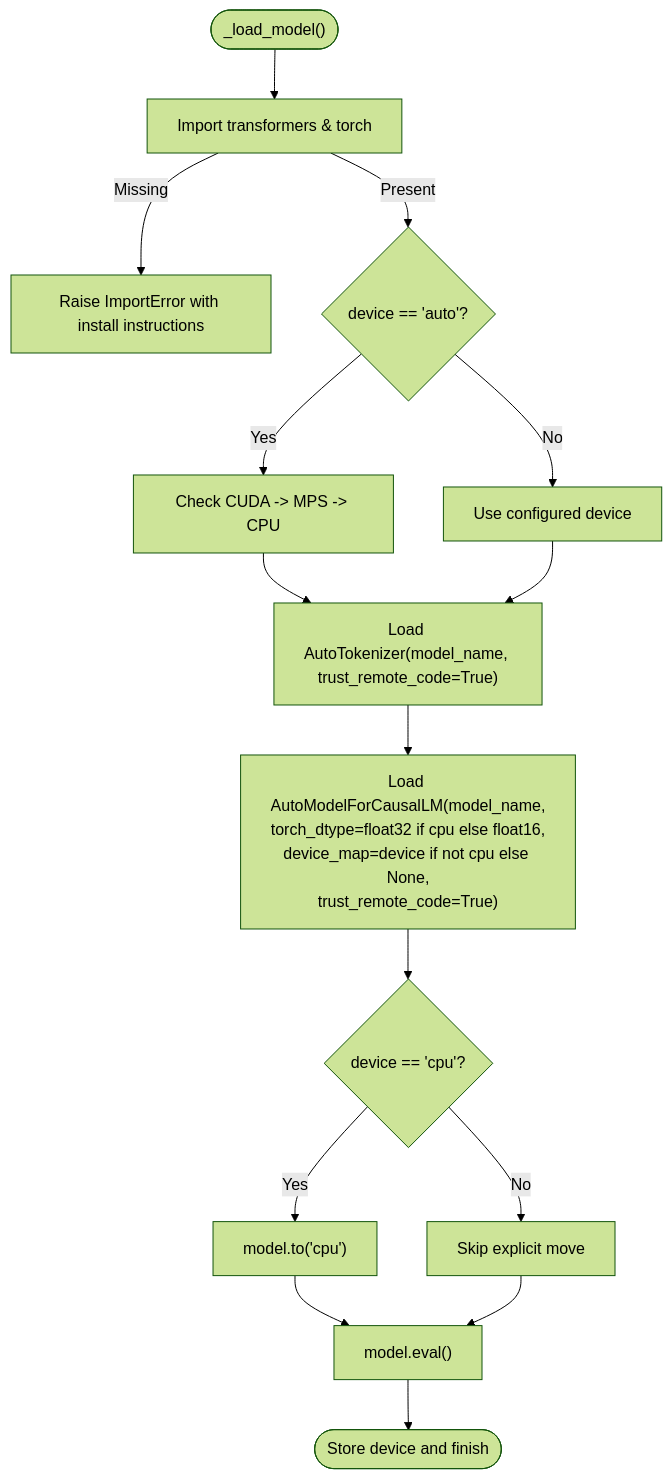
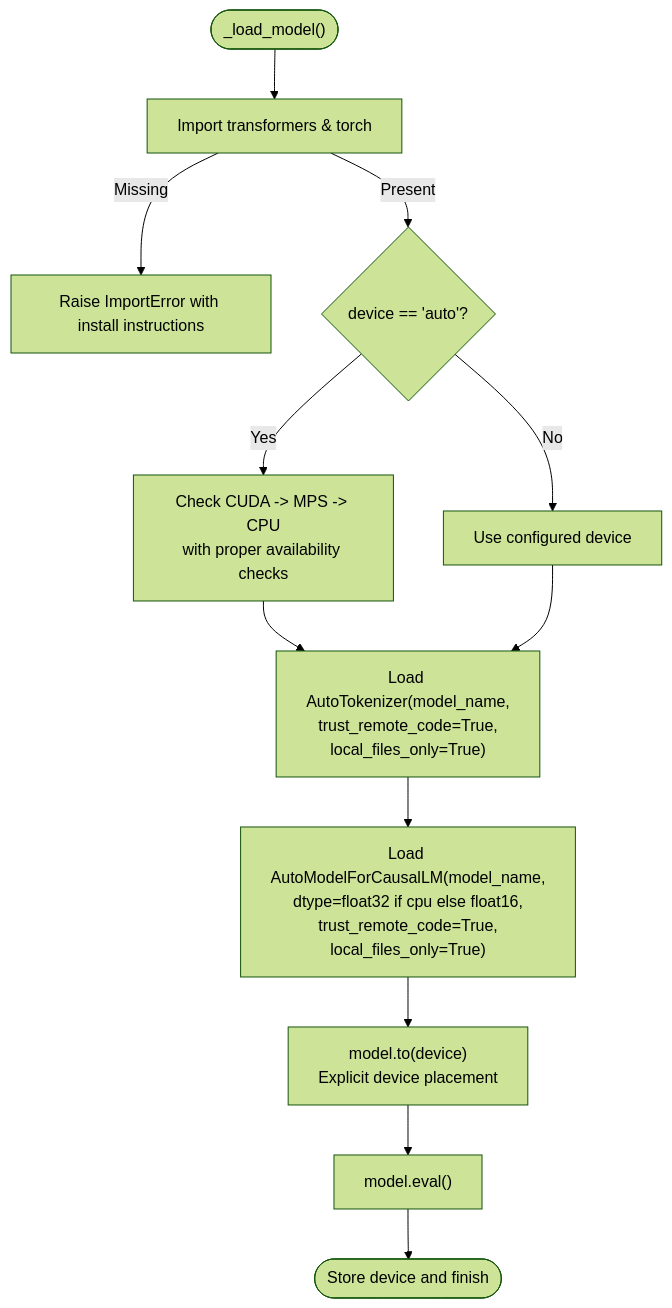
The third of 5 diagrams in .qoder/repowiki/en/content/API Reference/LLM Engine APIs/Transformers Backend.md (1996Paul-Wen/HarnessAIDemo), drawn with Mermaid (forest theme) before and after one commit. The commit also changed other lines of this file and 4 other files, not shown here.

````diff
--- a/.qoder/repowiki/en/content/API Reference/LLM Engine APIs/Transformers Backend.md
+++ b/.qoder/repowiki/en/content/API Reference/LLM Engine APIs/Transformers Backend.md
@@ -128,17 +139,14 @@
 ```mermaid
 flowchart TD
 Start(["_load_model()"]) --> CheckImports["Import transformers & torch"]
 CheckImports --> |Missing| RaiseError["Raise ImportError with install instructions"]
 CheckImports --> |Present| DetectDevice{"device == 'auto'?"}
-DetectDevice --> |Yes| AutoDetect["Check CUDA -> MPS -> CPU"]
+DetectDevice --> |Yes| AutoDetect["Check CUDA -> MPS -> CPU<br/>with proper availability checks"]
 DetectDevice --> |No| UseConfig["Use configured device"]
-AutoDetect --> LoadTok["Load AutoTokenizer(model_name, trust_remote_code=True)"]
+AutoDetect --> LoadTok["Load AutoTokenizer(model_name,<br/>trust_remote_code=True,<br/>local_files_only=True)"]
 UseConfig --> LoadTok
-LoadTok --> LoadModel["Load AutoModelForCausalLM(model_name,<br/>torch_dtype=float32 if cpu else float16,<br/>device_map=device if not cpu else None,<br/>trust_remote_code=True)"]
-LoadModel --> MoveCPU{"device == 'cpu'?"}
-MoveCPU --> |Yes| ToCPU["model.to('cpu')"]
-MoveCPU --> |No| SkipMove["Skip explicit move"]
-ToCPU --> Eval["model.eval()"]
-SkipMove --> Eval
+LoadTok --> LoadModelCPU["Load AutoModelForCausalLM(model_name,<br/>dtype=float32 if cpu else float16,<br/>trust_remote_code=True,<br/>local_files_only=True)"]
+LoadModelCPU --> MoveToDevice["model.to(device)<br/>Explicit device placement"]
+MoveToDevice --> Eval["model.eval()"]
 Eval --> Done(["Store device and finish"])
 ```
````
